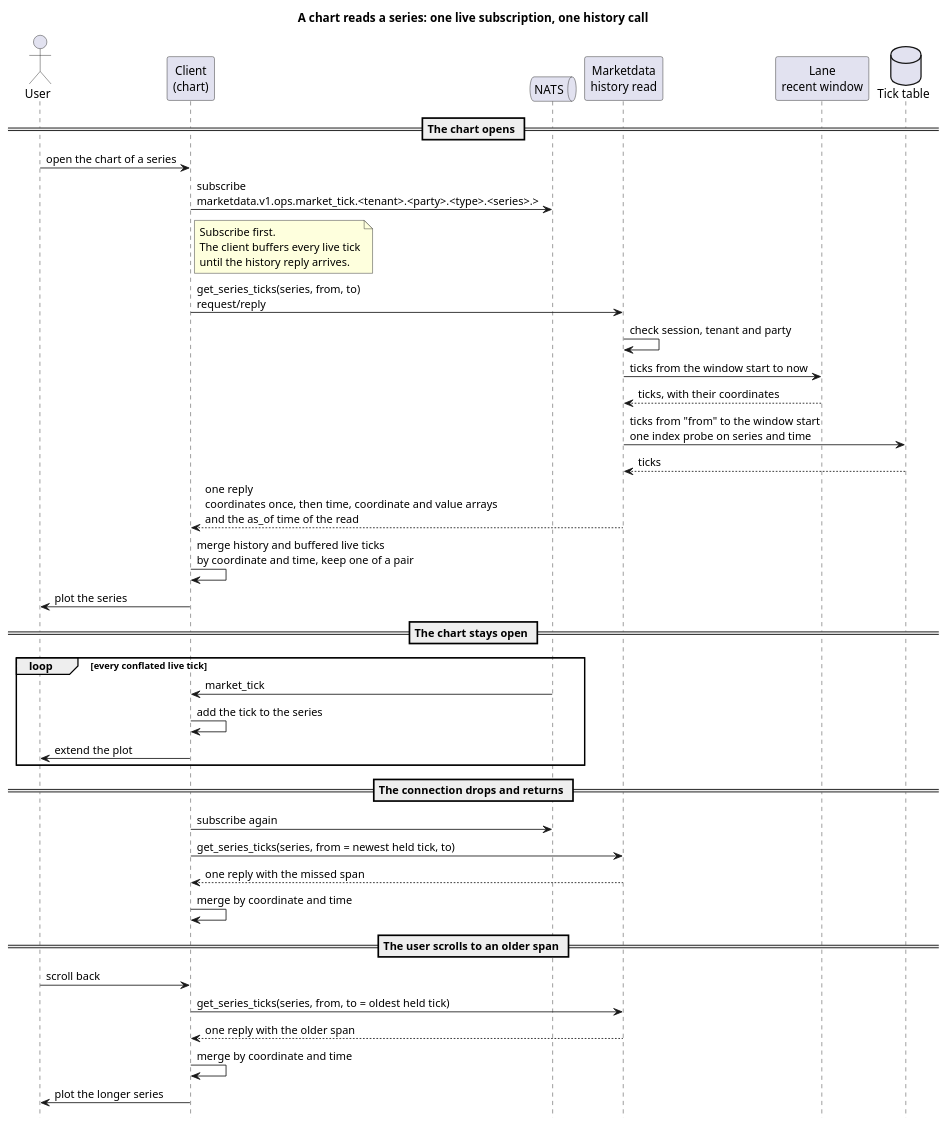
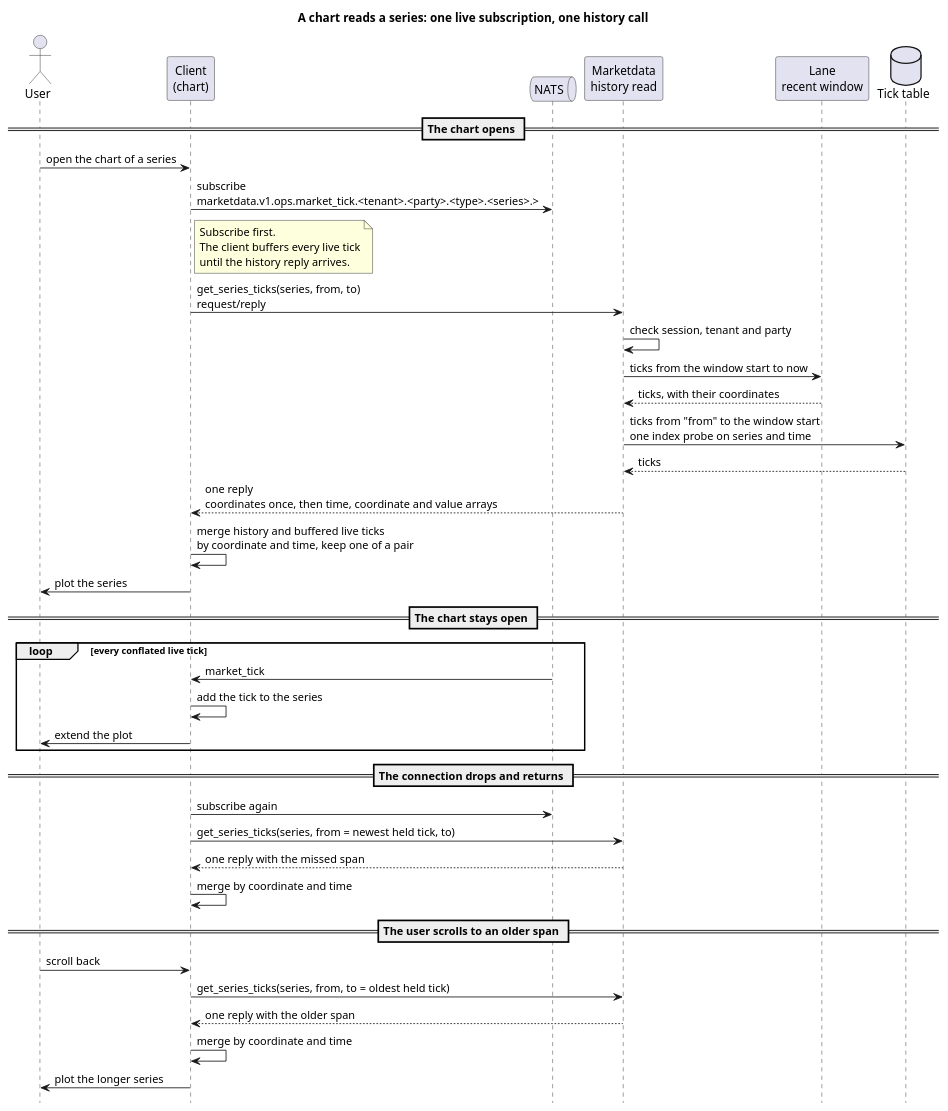
Before and after one commit to OreStudio/OreStudio: the diagram in doc/knowledge/architecture/a_chart_reads_a_series_in_two_calls.puml, drawn with PlantUML. The commit also changed 6 other files, not shown here.

```diff
--- a/doc/knowledge/architecture/a_chart_reads_a_series_in_two_calls.puml
+++ b/doc/knowledge/architecture/a_chart_reads_a_series_in_two_calls.puml
@@ -18,59 +18,59 @@
 @startuml
 
 title A chart reads a series: one live subscription, one history call
 
 hide footbox
 skinparam sequenceMessageAlign left
 
 actor "User" as u
 participant "Client\n(chart)" as c
 queue "NATS" as n
 participant "Marketdata\nhistory read" as h
 participant "Lane\nrecent window" as w
 database "Tick table" as s
 
 == The chart opens ==
 
 u -> c : open the chart of a series
 c -> n : subscribe\nmarketdata.v1.ops.market_tick.<tenant>.<party>.<type>.<series>.>
 note right of c
   Subscribe first.
   The client buffers every live tick
   until the history reply arrives.
 end note
 
 c -> h : get_series_ticks(series, from, to)\nrequest/reply
 h -> h : check session, tenant and party
 h -> w : ticks from the window start to now
 w --> h : ticks, with their coordinates
 h -> s : ticks from "from" to the window start\none index probe on series and time
 s --> h : ticks
-h --> c : one reply\ncoordinates once, then time, coordinate and value arrays\nand the as_of time of the read
+h --> c : one reply\ncoordinates once, then time, coordinate and value arrays
 
 c -> c : merge history and buffered live ticks\nby coordinate and time, keep one of a pair
 c -> u : plot the series
 
 == The chart stays open ==
 
 loop every conflated live tick
     n -> c : market_tick
     c -> c : add the tick to the series
     c -> u : extend the plot
 end
 
 == The connection drops and returns ==
 
 c -> n : subscribe again
 c -> h : get_series_ticks(series, from = newest held tick, to)
 h --> c : one reply with the missed span
 c -> c : merge by coordinate and time
 
 == The user scrolls to an older span ==
 
 u -> c : scroll back
 c -> h : get_series_ticks(series, from, to = oldest held tick)
 h --> c : one reply with the older span
 c -> c : merge by coordinate and time
 c -> u : plot the longer series
 
 @enduml
```
